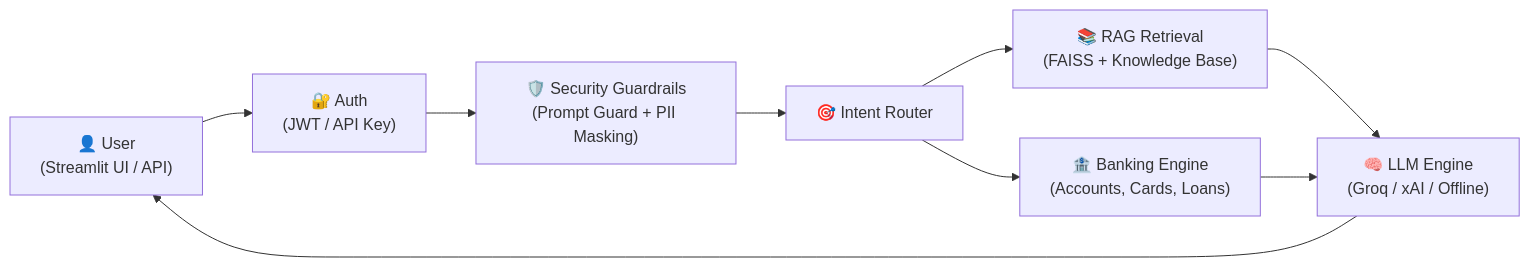
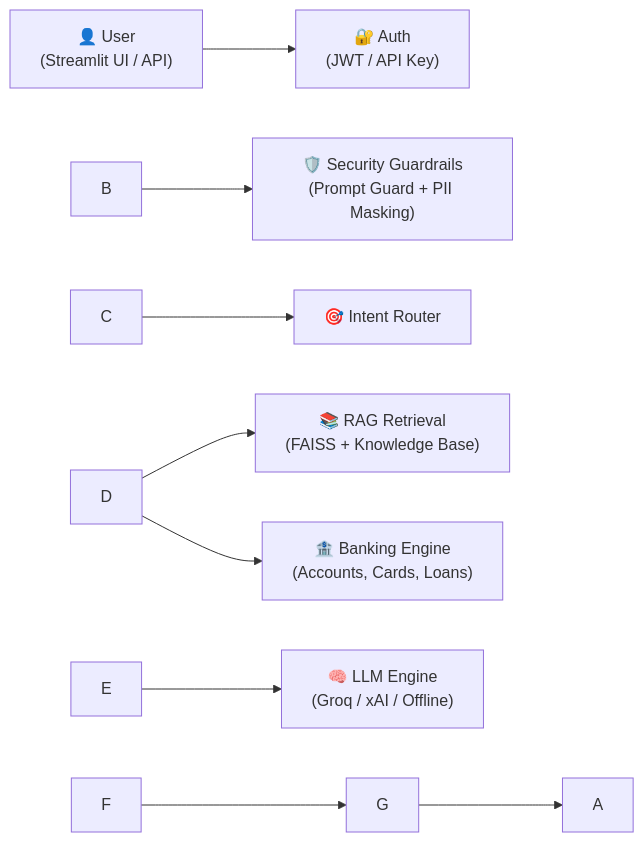
One commit to NIRMALKUMAR222/AI-Banking-Assistant changed the first of 2 diagrams in README.md. Above: the diagram before and after it, drawn with Mermaid. The commit also changed other lines of this file, not shown here.

````diff
--- a/README.md
+++ b/README.md
@@ -12,11 +12,11 @@
 ```mermaid
 flowchart LR
-    A["👤 User<br/>(Streamlit UI / API)"] --> B["🔐 Auth<br/>(JWT / API Key)"]
-    B --> C["🛡️ Security Guardrails<br/>(Prompt Guard + PII Masking)"]
-    C --> D["🎯 Intent Router"]
-    D --> E["📚 RAG Retrieval<br/>(FAISS + Knowledge Base)"]
-    D --> F["🏦 Banking Engine<br/>(Accounts, Cards, Loans)"]
-    E --> G["🧠 LLM Engine<br/>(Groq / xAI / Offline)"]
+    A\["👤 User<br/>(Streamlit UI / API)"] --> B\["🔐 Auth<br/>(JWT / API Key)"]
+    B --> C\["🛡️ Security Guardrails<br/>(Prompt Guard + PII Masking)"]
+    C --> D\["🎯 Intent Router"]
+    D --> E\["📚 RAG Retrieval<br/>(FAISS + Knowledge Base)"]
+    D --> F\["🏦 Banking Engine<br/>(Accounts, Cards, Loans)"]
+    E --> G\["🧠 LLM Engine<br/>(Groq / xAI / Offline)"]
     F --> G
     G --> A
 ```
````
